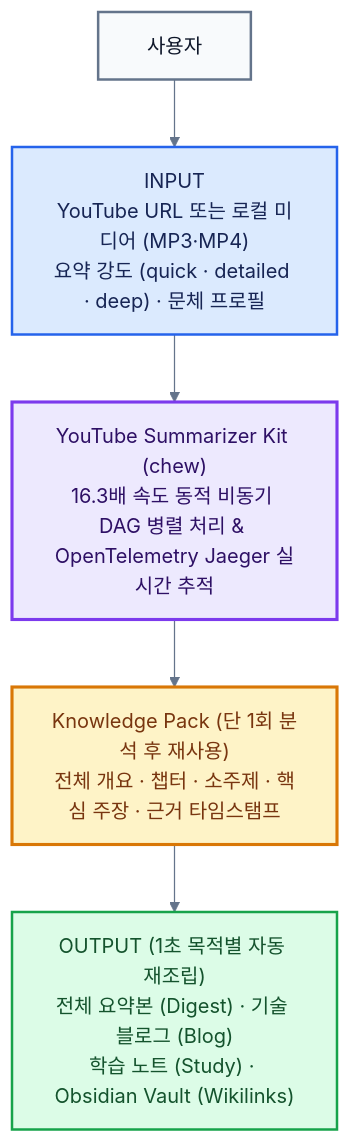
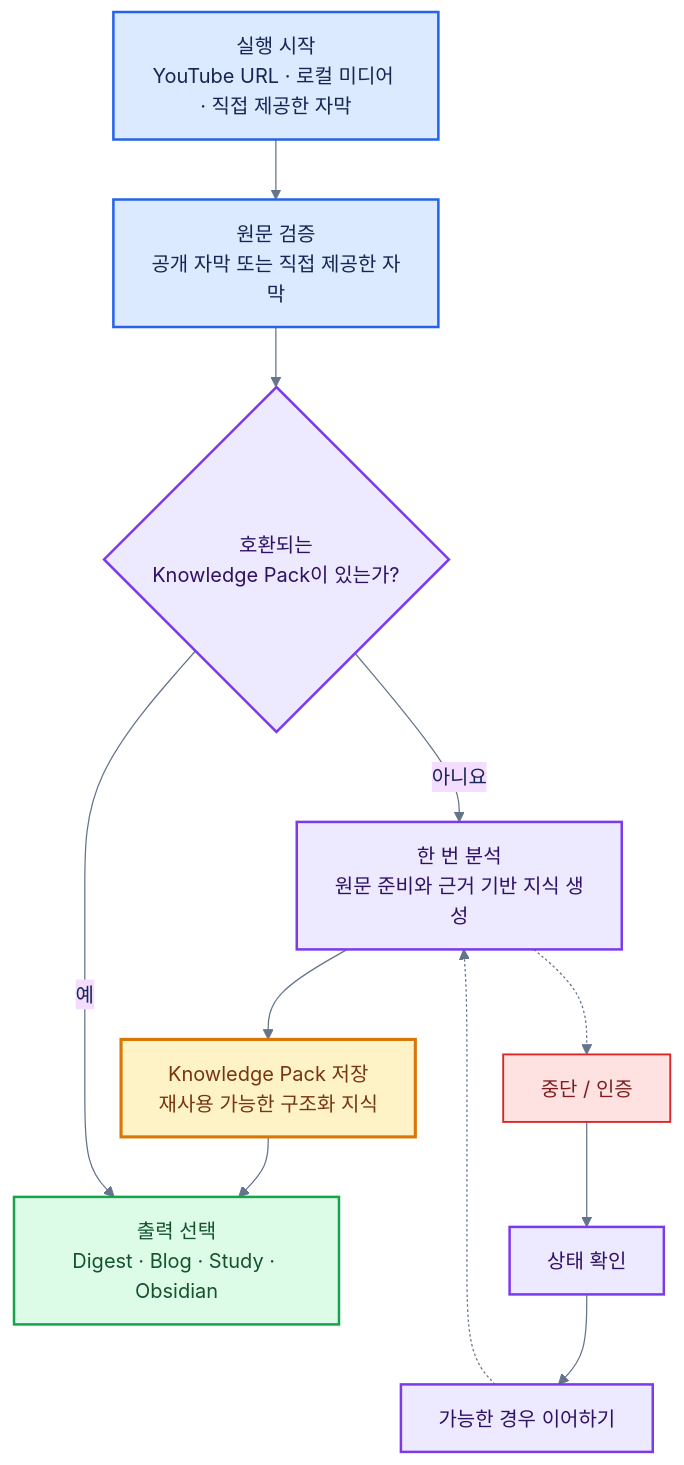
One commit to SHcommit/youtube-summerizer-kit changed the diagram in assets/architecture/ko/user-flow.mmd. Above: the diagram before and after it, drawn with Mermaid. The commit also changed 3 other files, not shown here.

Commit message:
docs: refresh architecture user flows

```diff
--- a/assets/architecture/ko/user-flow.mmd
+++ b/assets/architecture/ko/user-flow.mmd
@@ -1,20 +1,27 @@
-%%{init: {"theme":"base","themeVariables":{"fontFamily":"Apple SD Gothic Neo, Noto Sans KR, Malgun Gothic, sans-serif","primaryTextColor":"#172554","lineColor":"#64748b"},"flowchart":{"curve":"basis","nodeSpacing":44,"rankSpacing":54,"htmlLabels":true}}}%%
+%%{init: {"theme":"base","themeVariables":{"fontFamily":"Apple SD Gothic Neo, Noto Sans KR, Malgun Gothic, sans-serif","primaryTextColor":"#172554","lineColor":"#64748b","clusterBkg":"#ffffff","clusterBorder":"#cbd5e1"},"flowchart":{"curve":"basis","nodeSpacing":38,"rankSpacing":48,"htmlLabels":true}}}%%
 flowchart TB
-    USER["&nbsp;&nbsp;사용자&nbsp;&nbsp;"]
-    INPUT["INPUT<br/>YouTube URL 또는 로컬 미디어 (MP3·MP4)<br/>요약 강도 (quick · detailed · deep) · 문체 프로필"]
-    KIT["YouTube Summarizer Kit (chew)<br/>16.3배 속도 동적 비동기 DAG 병렬 처리 & OpenTelemetry Jaeger 실시간 추적"]
-    PACK["Knowledge Pack (단 1회 분석 후 재사용)<br/>전체 개요 · 챕터 · 소주제 · 핵심 주장 · 근거 타임스탬프"]
-    OUTPUT["OUTPUT (1초 목적별 자동 재조립)<br/>전체 요약본 (Digest) · 기술 블로그 (Blog)<br/>학습 노트 (Study) · Obsidian Vault (Wikilinks)"]
+    INPUT["실행 시작<br/>YouTube URL · 로컬 미디어 · 직접 제공한 자막"]
+    SOURCE["원문 검증<br/>공개 자막 또는 직접 제공한 자막"]
+    REUSE{"호환되는<br/>Knowledge Pack이 있는가?"}
+    ANALYZE["한 번 분석<br/>원문 준비와 근거 기반 지식 생성"]
+    PACK["Knowledge Pack 저장<br/>재사용 가능한 구조화 지식"]
+    OUTPUT["출력 선택<br/>Digest · Blog · Study · Obsidian"]
+    ISSUE["중단 / 인증"]
+    STATUS["상태 확인"]
+    RESUME["가능한 경우 이어하기"]
 
-    USER --> INPUT --> KIT --> PACK --> OUTPUT
+    INPUT --> SOURCE --> REUSE
+    REUSE -->|아니요| ANALYZE --> PACK --> OUTPUT
+    REUSE -->|예| OUTPUT
+    ANALYZE -.-> ISSUE --> STATUS --> RESUME -.-> ANALYZE
 
-    classDef actor fill:#f8fafc,stroke:#64748b,stroke-width:2px,color:#0f172a;
     classDef input fill:#dbeafe,stroke:#2563eb,stroke-width:2px,color:#172554;
-    classDef core fill:#ede9fe,stroke:#7c3aed,stroke-width:2.5px,color:#2e1065;
+    classDef process fill:#ede9fe,stroke:#7c3aed,stroke-width:2px,color:#2e1065;
     classDef knowledge fill:#fef3c7,stroke:#d97706,stroke-width:2.5px,color:#78350f;
     classDef output fill:#dcfce7,stroke:#16a34a,stroke-width:2px,color:#14532d;
-    class USER actor;
-    class INPUT input;
-    class KIT core;
+    classDef recovery fill:#fee2e2,stroke:#dc2626,stroke-width:1.5px,color:#7f1d1d;
+    class INPUT,SOURCE input;
+    class REUSE,ANALYZE,STATUS,RESUME process;
     class PACK knowledge;
     class OUTPUT output;
+    class ISSUE recovery;
```
